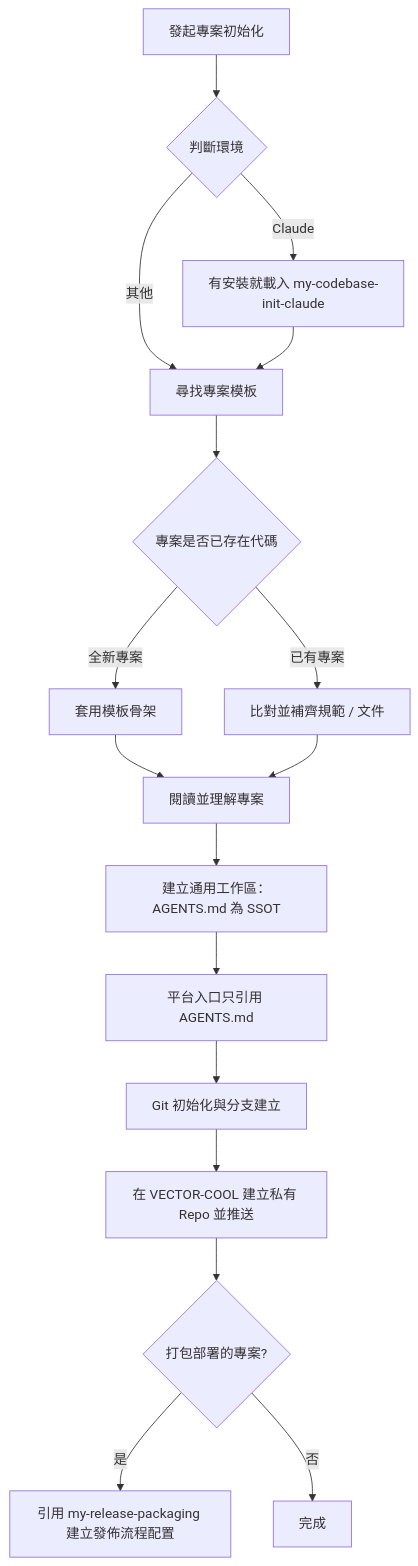
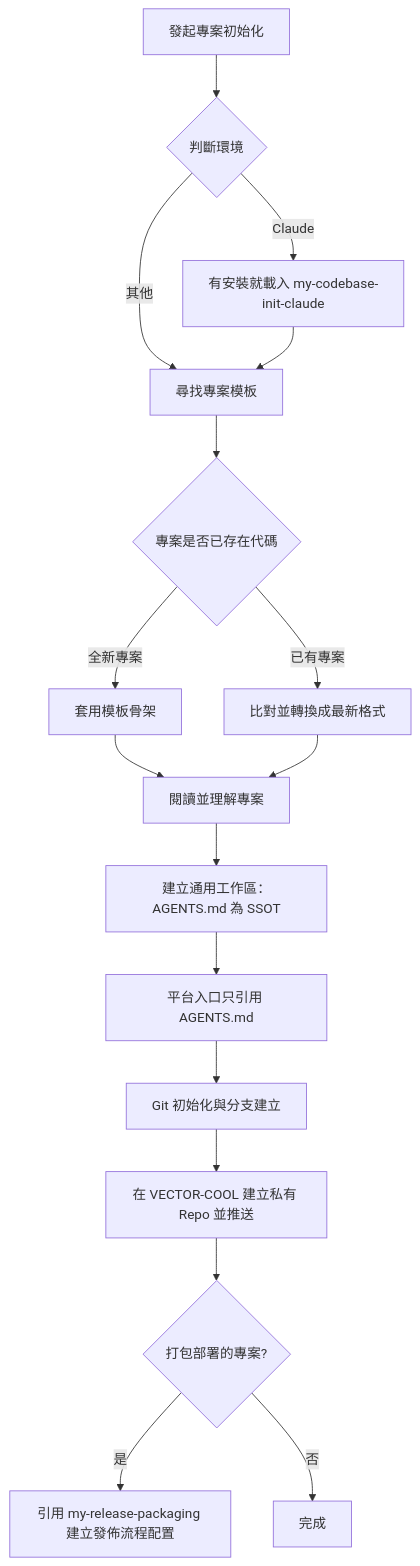
Before and after one commit to VECTOR-COOL/my-agent-toolkit: the diagram in my-plugins/my-workflow/skills/my-codebase-init/SKILL.md, drawn with Mermaid. The commit also changed other lines of this file and 9 other files, not shown here.

````diff
--- a/my-plugins/my-workflow/skills/my-codebase-init/SKILL.md
+++ b/my-plugins/my-workflow/skills/my-codebase-init/SKILL.md
@@ -10,19 +10,19 @@
 ```mermaid
 graph TD
   A[發起專案初始化] --> R{判斷環境}
   R -->|Claude| CL[有安裝就載入 my-codebase-init-claude]
   R -->|其他| B[尋找專案模板]
   CL --> B
   B --> C{專案是否已存在代碼}
   C -->|全新專案| D[套用模板骨架]
-  C -->|已有專案| E[比對並補齊規範 / 文件]
+  C -->|已有專案| E[比對並轉換成最新格式]
   D --> U[閱讀並理解專案]
   E --> U
   U --> F[建立通用工作區：AGENTS.md 為 SSOT]
   F --> P[平台入口只引用 AGENTS.md]
   P --> G[Git 初始化與分支建立]
   G --> H[在 VECTOR-COOL 建立私有 Repo 並推送]
   H --> D2{打包部署的專案?}
   D2 -->|是| RP[引用 my-release-packaging 建立發佈流程配置]
   D2 -->|否| End[完成]
 ```
````
